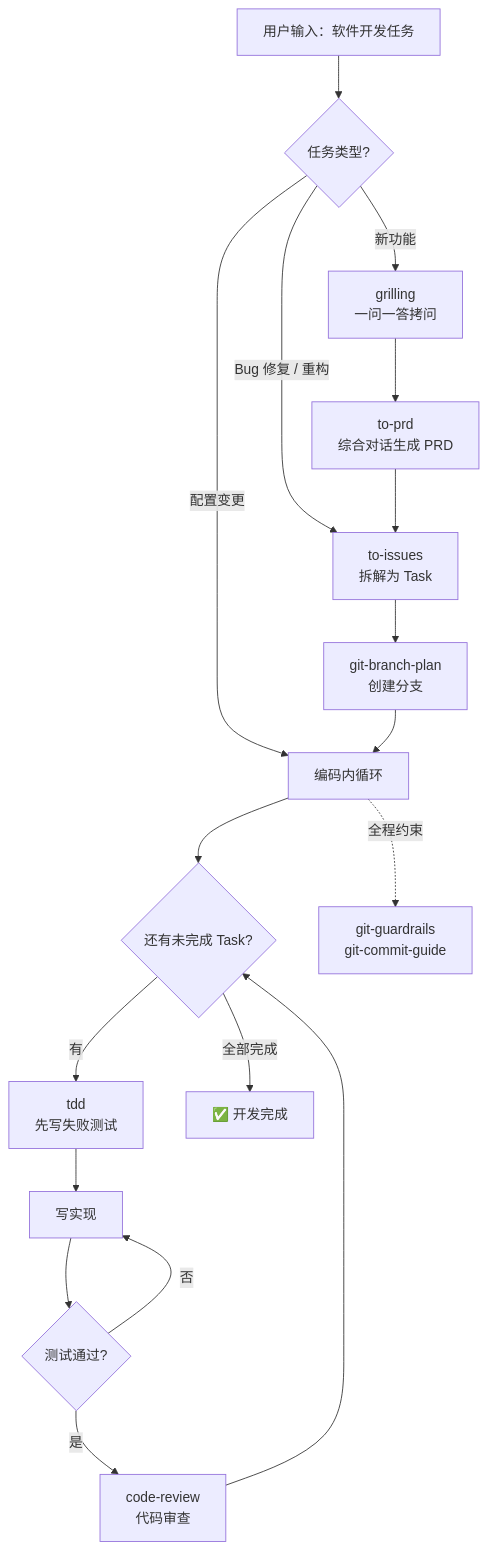
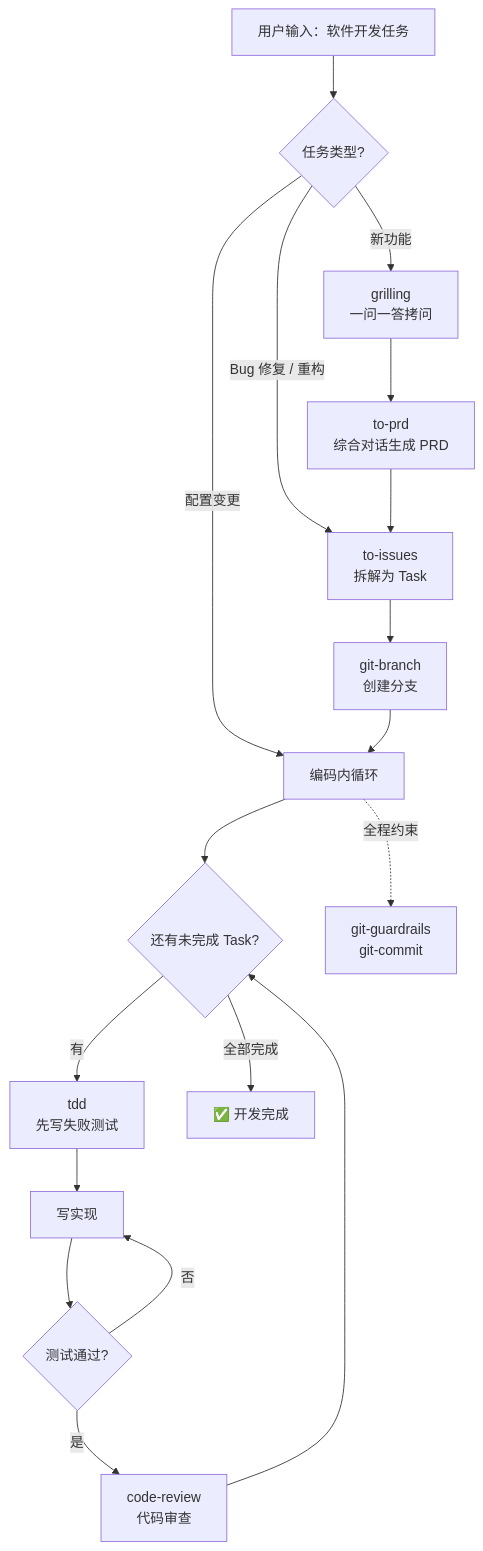
The second of 4 diagrams in README.md (Grid0723/skills), drawn with Mermaid before and after one commit. The commit also changed other lines of this file and 31 other files, not shown here.

````diff
--- a/README.md
+++ b/README.md
@@ -109,20 +110,20 @@
 ```mermaid
 graph TD
     START["用户输入：软件开发任务"] --> ROUTE{任务类型?}
     ROUTE -->|新功能| GRILL["grilling<br/>一问一答拷问"]
     ROUTE -->|"Bug 修复 / 重构"| ISSUE["to-issues<br/>拆解为 Task"]
     ROUTE -->|配置变更| CODE["编码内循环"]
     GRILL --> PRD["to-prd<br/>综合对话生成 PRD"]
     PRD --> ISSUE
-    ISSUE --> BRANCH["git-branch-plan<br/>创建分支"]
+    ISSUE --> BRANCH["git-branch<br/>创建分支"]
     BRANCH --> CODE
     CODE --> LOOP{还有未完成 Task?}
     LOOP -->|有| TDD["tdd<br/>先写失败测试"]
     TDD --> IMPL[写实现]
     IMPL --> PASS{测试通过?}
     PASS -->|否| IMPL
     PASS -->|是| REVIEW["code-review<br/>代码审查"]
     REVIEW --> LOOP
     LOOP -->|全部完成| END["✅ 开发完成"]
-    CODE -.->|全程约束| GGRD["git-guardrails<br/>git-commit-guide"]
+    CODE -.->|全程约束| GGRD["git-guardrails<br/>git-commit"]
 ```
````
